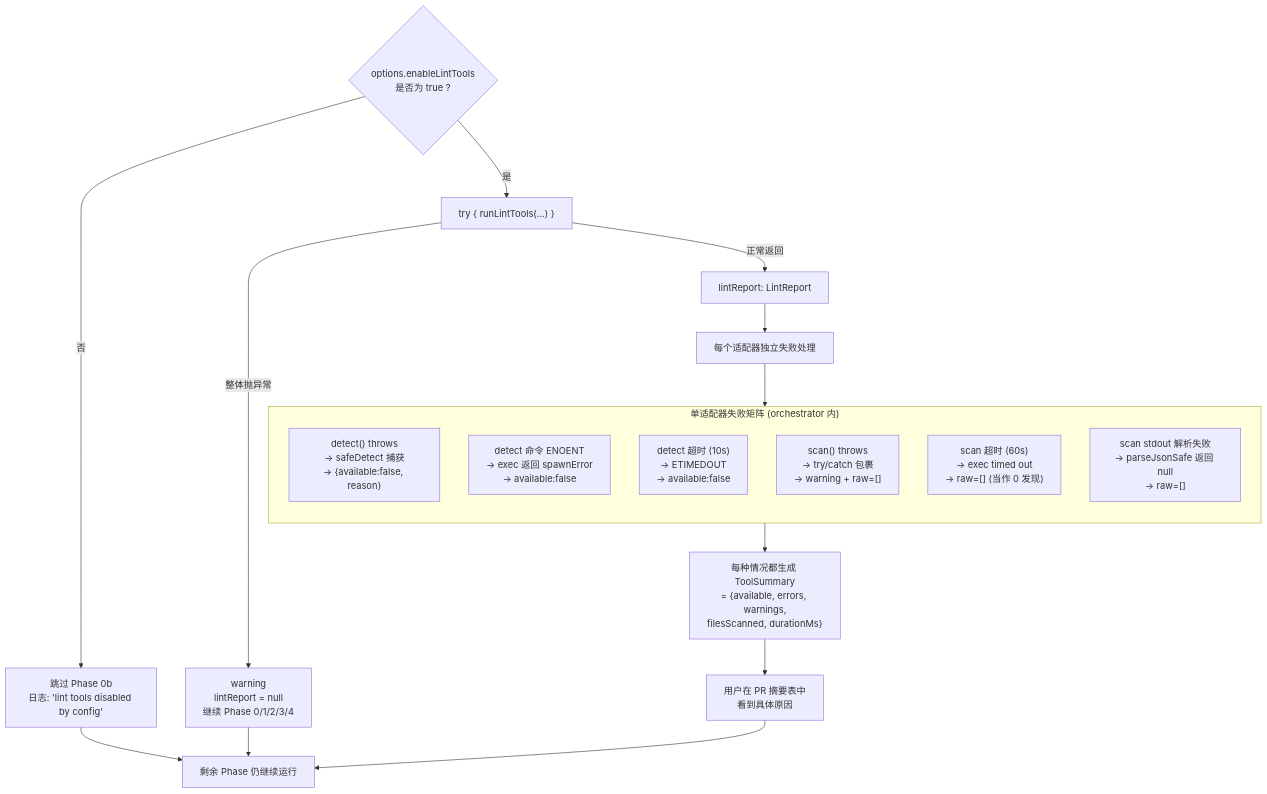
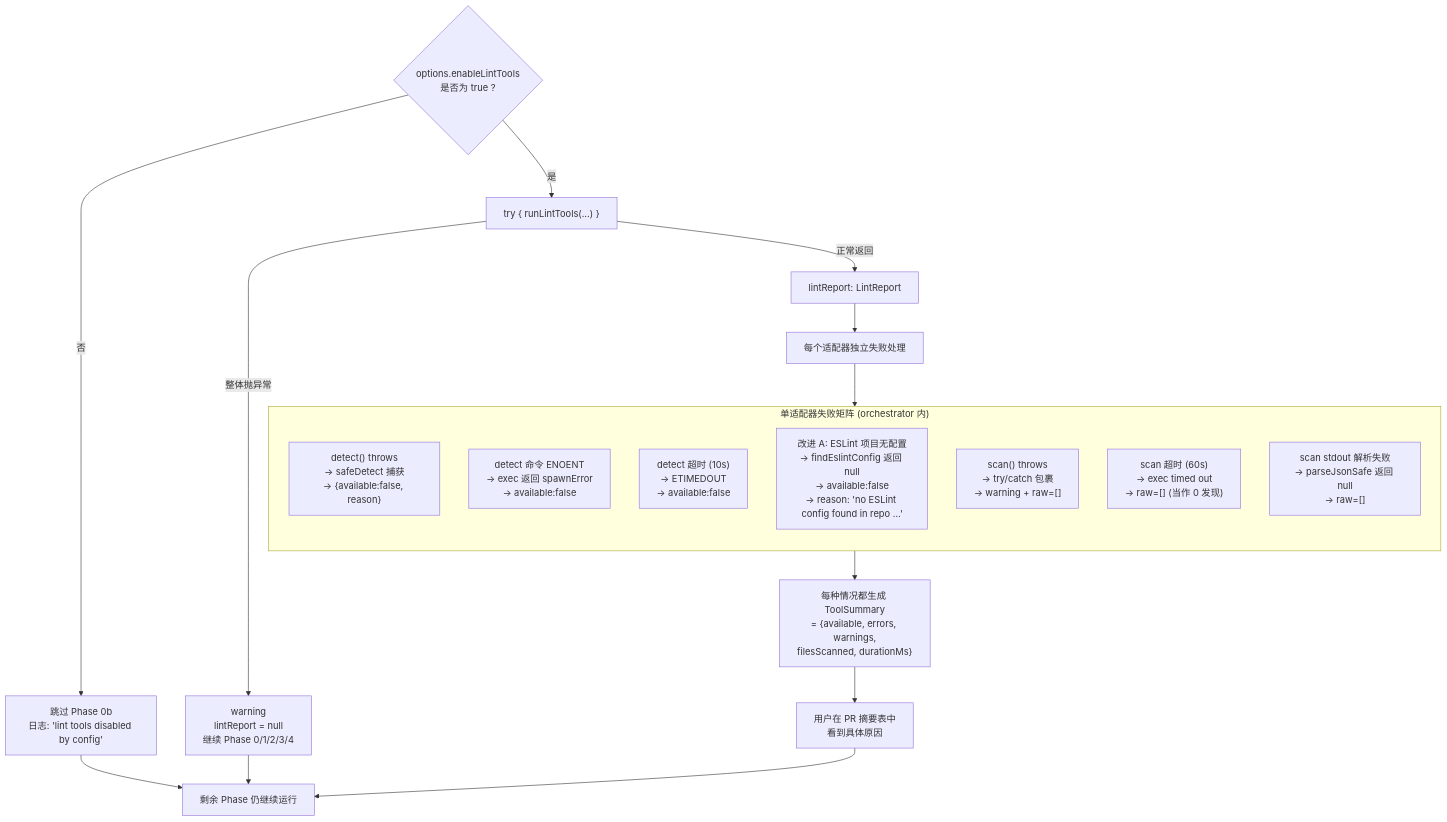
Before and after one commit to CodesSentinels/ai-reviewer: the seventh of 8 diagrams in docs/07-linter-sast-architecture.md, drawn with Mermaid. The commit also changed other lines of this file and 8 other files, not shown here.

````diff
--- a/docs/07-linter-sast-architecture.md
+++ b/docs/07-linter-sast-architecture.md
@@ -403,30 +404,31 @@
 ```mermaid
 flowchart TD
   A{"options.enableLintTools<br/>是否为 true ?"}
   A -->|否| SKIP["跳过 Phase 0b<br/>日志: 'lint tools disabled by config'"]
   A -->|是| CALL["try { runLintTools(...) }"]
 
   CALL -->|"整体抛异常"| CATCH["warning<br/>lintReport = null<br/>继续 Phase 0/1/2/3/4"]
   CALL -->|"正常返回"| OK["lintReport: LintReport"]
 
   OK --> ADAPT["每个适配器独立失败处理"]
 
   subgraph FailMatrix["单适配器失败矩阵 (orchestrator 内)"]
     direction TB
     M1["detect() throws<br/>→ safeDetect 捕获<br/>→ {available:false, reason}"]
     M2["detect 命令 ENOENT<br/>→ exec 返回 spawnError<br/>→ available:false"]
     M3["detect 超时 (10s)<br/>→ ETIMEDOUT<br/>→ available:false"]
+    M3a["改进 A: ESLint 项目无配置<br/>→ findEslintConfig 返回 null<br/>→ available:false<br/>→ reason: 'no ESLint config found in repo …'"]
     M4["scan() throws<br/>→ try/catch 包裹<br/>→ warning + raw=[]"]
     M5["scan 超时 (60s)<br/>→ exec timed out<br/>→ raw=[] (当作 0 发现)"]
     M6["scan stdout 解析失败<br/>→ parseJsonSafe 返回 null<br/>→ raw=[]"]
   end
 
   ADAPT --> FailMatrix
 
   FailMatrix --> SUM["每种情况都生成 ToolSummary<br/>= {available, errors, warnings,<br/>filesScanned, durationMs}"]
   SUM --> VIS["用户在 PR 摘要表中<br/>看到具体原因"]
 
   CATCH --> CONT["剩余 Phase 仍继续运行"]
   SKIP  --> CONT
   VIS   --> CONT
 ```
````
